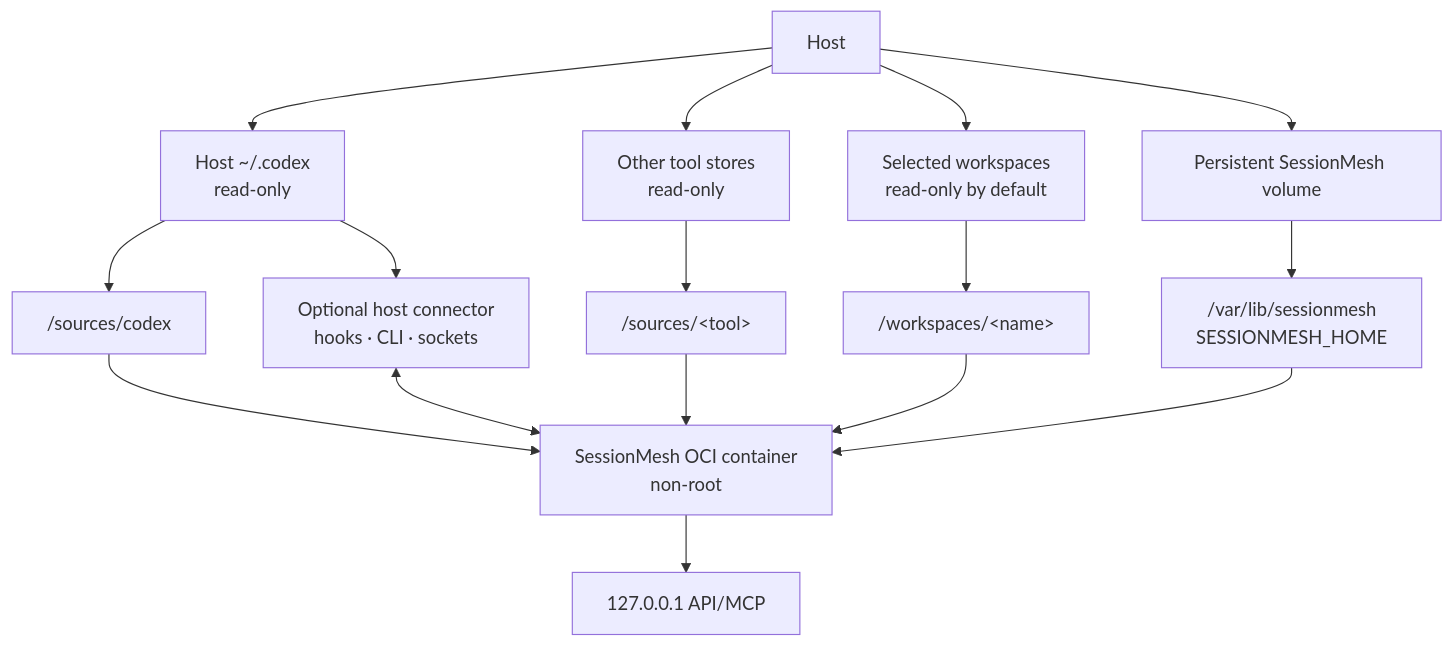
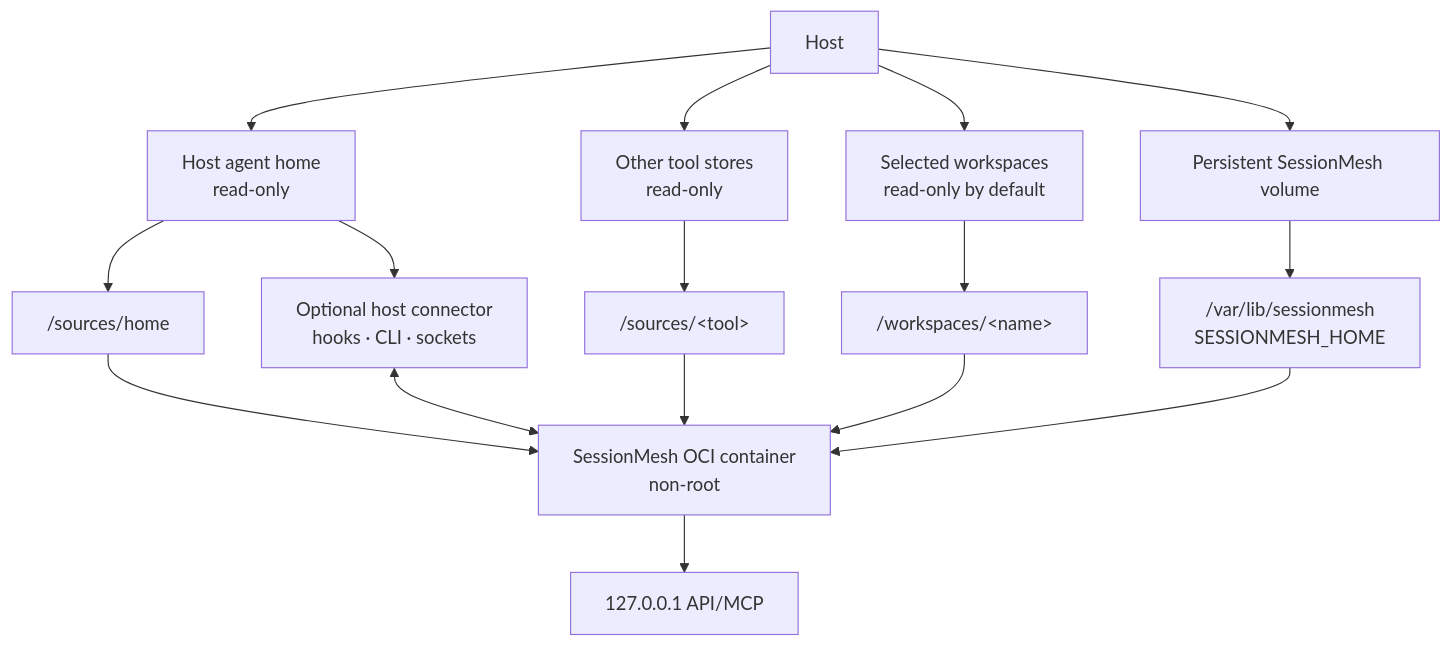
One commit to h3rb3rn/agentic-tool-merger changed the diagram in docs/architecture/deployment.md. Above: the diagram before and after it, drawn with Mermaid. The commit also changed other lines of this file and 4 other files, not shown here.

Commit message:
feat: deploy read-only host agent profile discovery

````diff
--- a/docs/architecture/deployment.md
+++ b/docs/architecture/deployment.md
@@ -17,27 +17,27 @@
 ```mermaid
 flowchart TB
     host["Host"]
-    codex["Host ~/.codex<br/>read-only"]
+    codex["Host agent home<br/>read-only"]
     other["Other tool stores<br/>read-only"]
     workspace["Selected workspaces<br/>read-only by default"]
     state["Persistent SessionMesh volume"]
     container["SessionMesh OCI container<br/>non-root"]
-    source1["/sources/codex"]
+    source1["/sources/home"]
     source2["/sources/&lt;tool&gt;"]
     repo["/workspaces/&lt;name&gt;"]
     home["/var/lib/sessionmesh<br/>SESSIONMESH_HOME"]
     api["127.0.0.1 API/MCP"]
     bridge["Optional host connector<br/>hooks · CLI · sockets"]
 
     host --> codex
     host --> other
     host --> workspace
     host --> state
     codex --> source1 --> container
     other --> source2 --> container
     workspace --> repo --> container
     state --> home --> container
     container --> api
     bridge <--> container
     codex --> bridge
 ```
````
